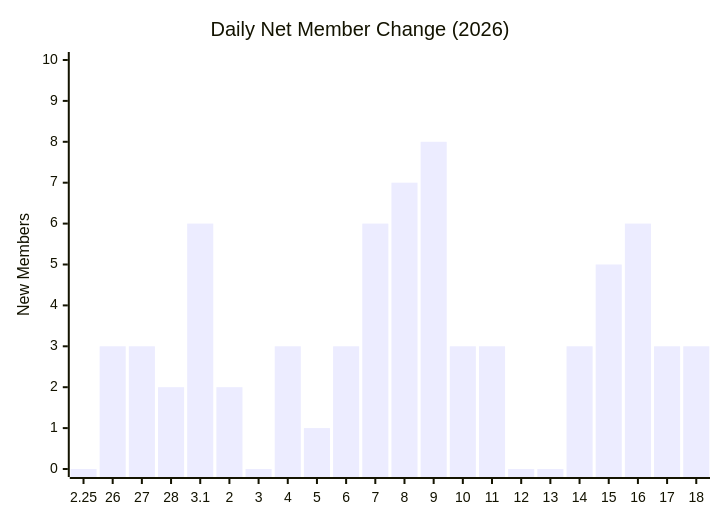
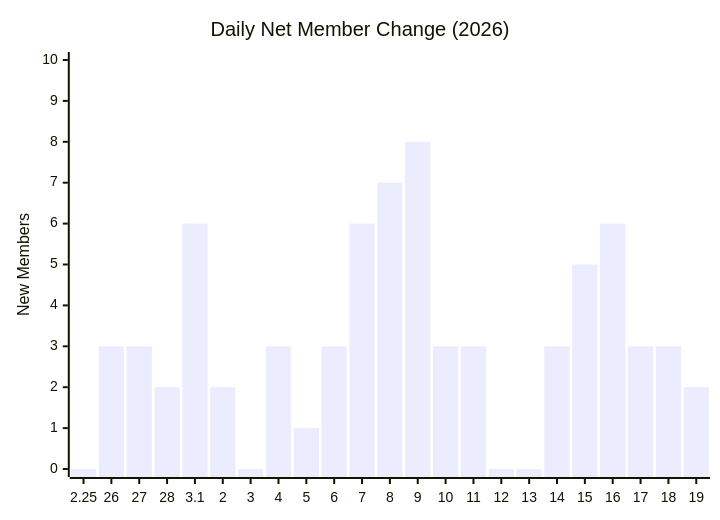
Before and after one commit to MattSherwood/March-web: the third of 3 diagrams in exports/charts/daily-cumulative-member-tally-2026.md, drawn with Mermaid. The commit also changed other lines of this file and 4 other files, not shown here.

````diff
--- a/exports/charts/daily-cumulative-member-tally-2026.md
+++ b/exports/charts/daily-cumulative-member-tally-2026.md
@@ -25,7 +25,7 @@
 ```mermaid
 xychart-beta
     title "Daily Net Member Change (2026)"
-    x-axis ["2.25", "26", "27", "28", "3.1", "2", "3", "4", "5", "6", "7", "8", "9", "10", "11", "12", "13", "14", "15", "16", "17", "18"]
+    x-axis ["2.25", "26", "27", "28", "3.1", "2", "3", "4", "5", "6", "7", "8", "9", "10", "11", "12", "13", "14", "15", "16", "17", "18", "19"]
     y-axis "New Members" 0 --> 10
-    bar [0, 3, 3, 2, 6, 2, 0, 3, 1, 3, 6, 7, 8, 3, 3, 0, 0, 3, 5, 6, 3, 3]
+    bar [0, 3, 3, 2, 6, 2, 0, 3, 1, 3, 6, 7, 8, 3, 3, 0, 0, 3, 5, 6, 3, 3, 2]
 ```
````
